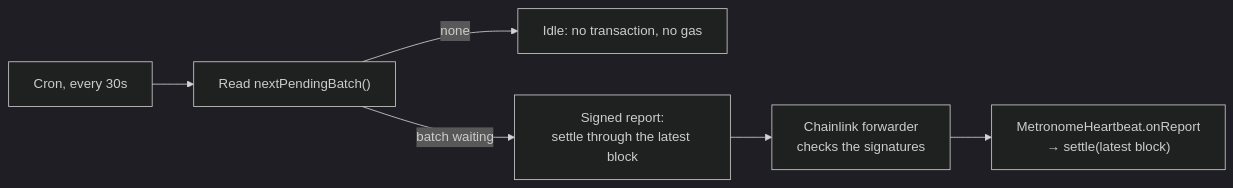
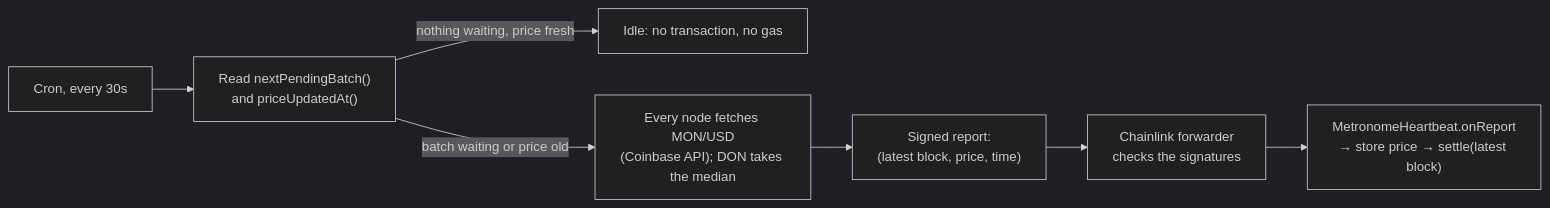
Before and after one commit to rohan911438/Metronome: the second of 2 diagrams in README.md, drawn with Mermaid (dark theme). The commit also changed other lines of this file and 27 other files, not shown here.

First line of the commit message:
Quote the testnet market in TestAUSD and add MON/USD to the CRE workflow

````diff
--- a/README.md
+++ b/README.md
@@ -66,8 +66,9 @@
 ```mermaid
 flowchart LR
-    T["Cron, every 30s"] --> R["Read nextPendingBatch()"]
-    R -->|none| I["Idle: no transaction, no gas"]
-    R -->|batch waiting| S["Signed report:<br/>settle through the latest block"]
+    T["Cron, every 30s"] --> R["Read nextPendingBatch()<br/>and priceUpdatedAt()"]
+    R -->|nothing waiting, price fresh| I["Idle: no transaction, no gas"]
+    R -->|batch waiting or price old| P["Every node fetches MON/USD<br/>(Coinbase API); DON takes the median"]
+    P --> S["Signed report:<br/>(latest block, price, time)"]
     S --> F["Chainlink forwarder<br/>checks the signatures"]
-    F --> H["MetronomeHeartbeat.onReport<br/>→ settle(latest block)"]
+    F --> H["MetronomeHeartbeat.onReport<br/>→ store price → settle(latest block)"]
 ```
````
